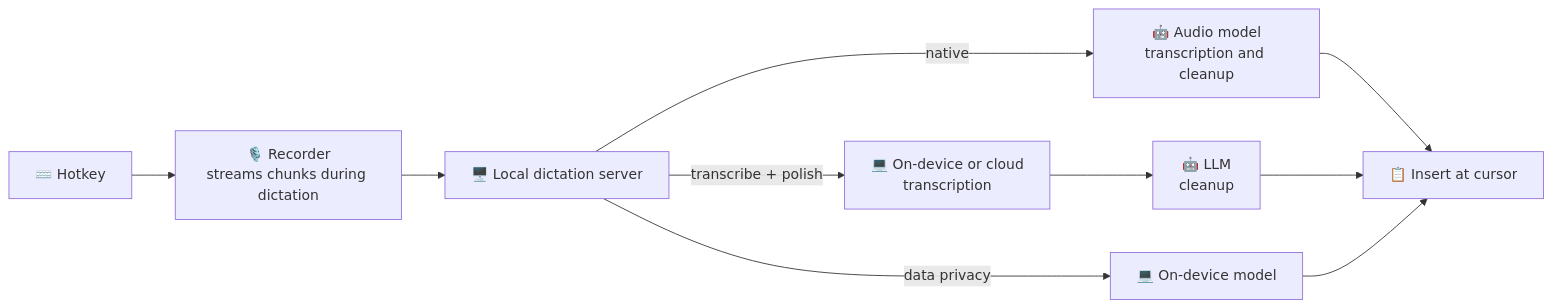
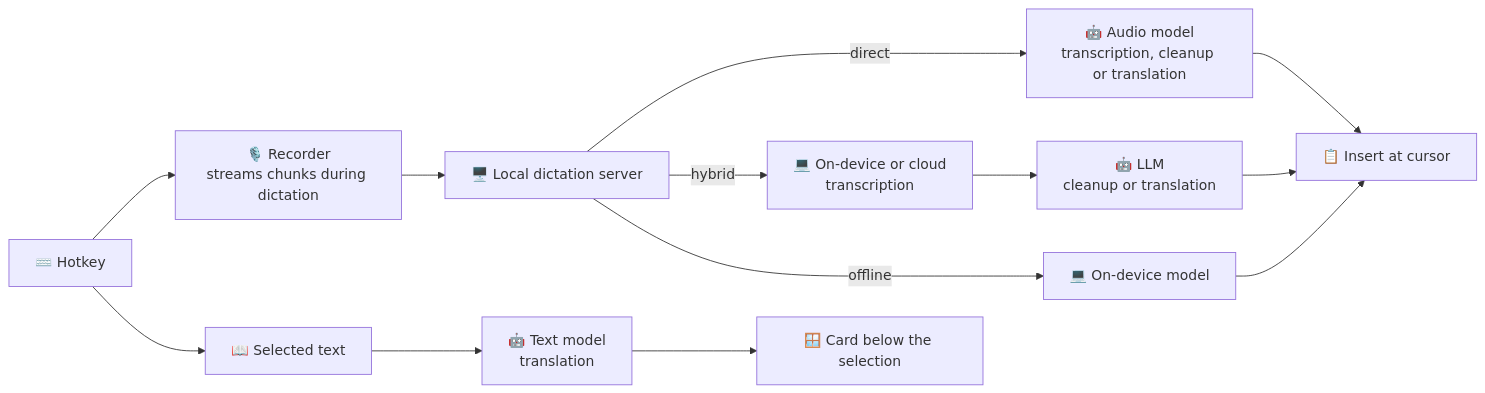
One commit to GavinMo1/speakmore changed the diagram in README.en.md. Above: the diagram before and after it, drawn with Mermaid. The commit also changed other lines of this file and 2 other files, not shown here.

First line of the commit message:
README（中英）改成三位一体：口号、三项功能、新的首次引导，图全部重截

````diff
--- a/README.en.md
+++ b/README.en.md
@@ -362,12 +421,15 @@
 ```mermaid
 flowchart LR
   A["⌨️ Hotkey"] --> B["🎙️ Recorder<br/>streams chunks during dictation"]
   B --> C["🖥️ Local dictation server"]
-  C -- native --> D["🤖 Audio model<br/>transcription and cleanup"]
-  C -- transcribe + polish --> L["💻 On-device or cloud<br/>transcription"]
-  L --> P["🤖 LLM<br/>cleanup"]
-  C -- data privacy --> Q["💻 On-device model"]
+  C -- direct --> D["🤖 Audio model<br/>transcription, cleanup or translation"]
+  C -- hybrid --> L["💻 On-device or cloud<br/>transcription"]
+  L --> P["🤖 LLM<br/>cleanup or translation"]
+  C -- offline --> Q["💻 On-device model"]
   D --> E["📋 Insert at cursor"]
   P --> E
   Q --> E
+  A --> S["📖 Selected text"]
+  S --> T["🤖 Text model<br/>translation"]
+  T --> K["🪟 Card below the selection"]
 ```
````
